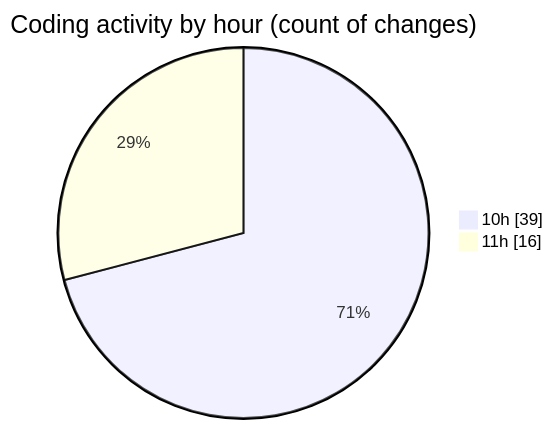
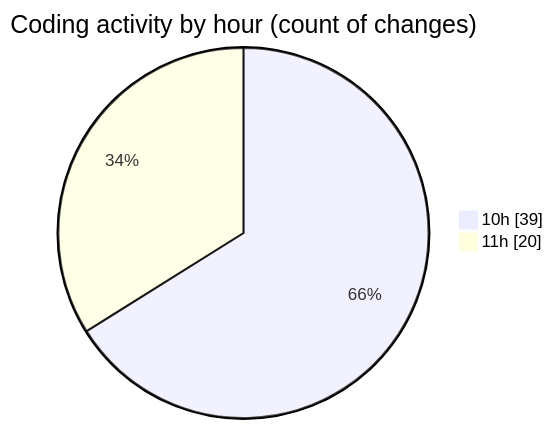
One commit to CELIANVF/code-tracking changed the second of 2 diagrams in 2025-04-15/portfolio/README.md. Above: the diagram before and after it, drawn with Mermaid. The commit also changed other lines of this file and 1 other file, not shown here.

````diff
--- a/2025-04-15/portfolio/README.md
+++ b/2025-04-15/portfolio/README.md
@@ -30,6 +30,6 @@
 ```mermaid
 pie showData
 title Coding activity by hour (count of changes)
 "10h" : 39
-"11h" : 16
+"11h" : 20
 ```
````
